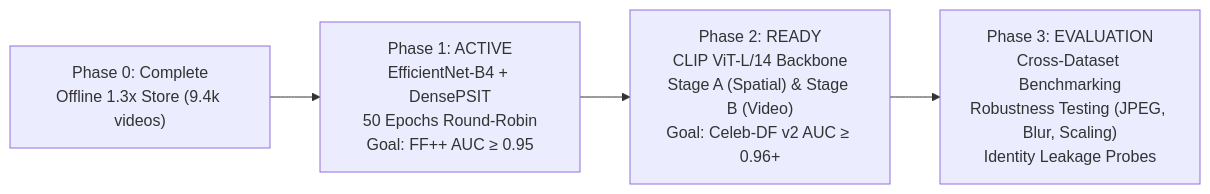
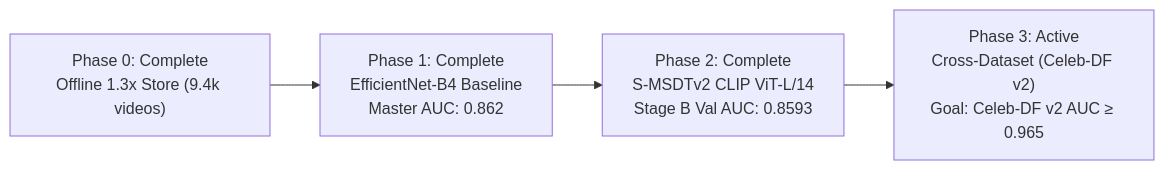
The diagram in README.md (sharadpolackalsunil/DeepFake), drawn with Mermaid before and after one commit. The commit also changed other lines of this file and 1 other file, not shown here.

Commit message:
results of phase 2

````diff
--- a/README.md
+++ b/README.md
@@ -55,6 +55,6 @@
 ```mermaid
 graph LR
-    P0["Phase 0: Complete<br/>Offline 1.3x Store (9.4k videos)"] --> P1["Phase 1: ACTIVE<br/>EfficientNet-B4 + DensePSIT<br/>50 Epochs Round-Robin<br/>Goal: FF++ AUC ≥ 0.95"]
-    P1 --> P2["Phase 2: READY<br/>CLIP ViT-L/14 Backbone<br/>Stage A (Spatial) & Stage B (Video)<br/>Goal: Celeb-DF v2 AUC ≥ 0.96+"]
-    P2 --> P3["Phase 3: EVALUATION<br/>Cross-Dataset Benchmarking<br/>Robustness Testing (JPEG, Blur, Scaling)<br/>Identity Leakage Probes"]
+    P0["Phase 0: Complete<br/>Offline 1.3x Store (9.4k videos)"] --> P1["Phase 1: Complete<br/>EfficientNet-B4 Baseline<br/>Master AUC: 0.862"]
+    P1 --> P2["Phase 2: Complete<br/>S-MSDTv2 CLIP ViT-L/14<br/>Stage B Val AUC: 0.8593"]
+    P2 --> P3["Phase 3: Active<br/>Cross-Dataset (Celeb-DF v2)<br/>Goal: Celeb-DF v2 AUC ≥ 0.965"]
 ```
````
